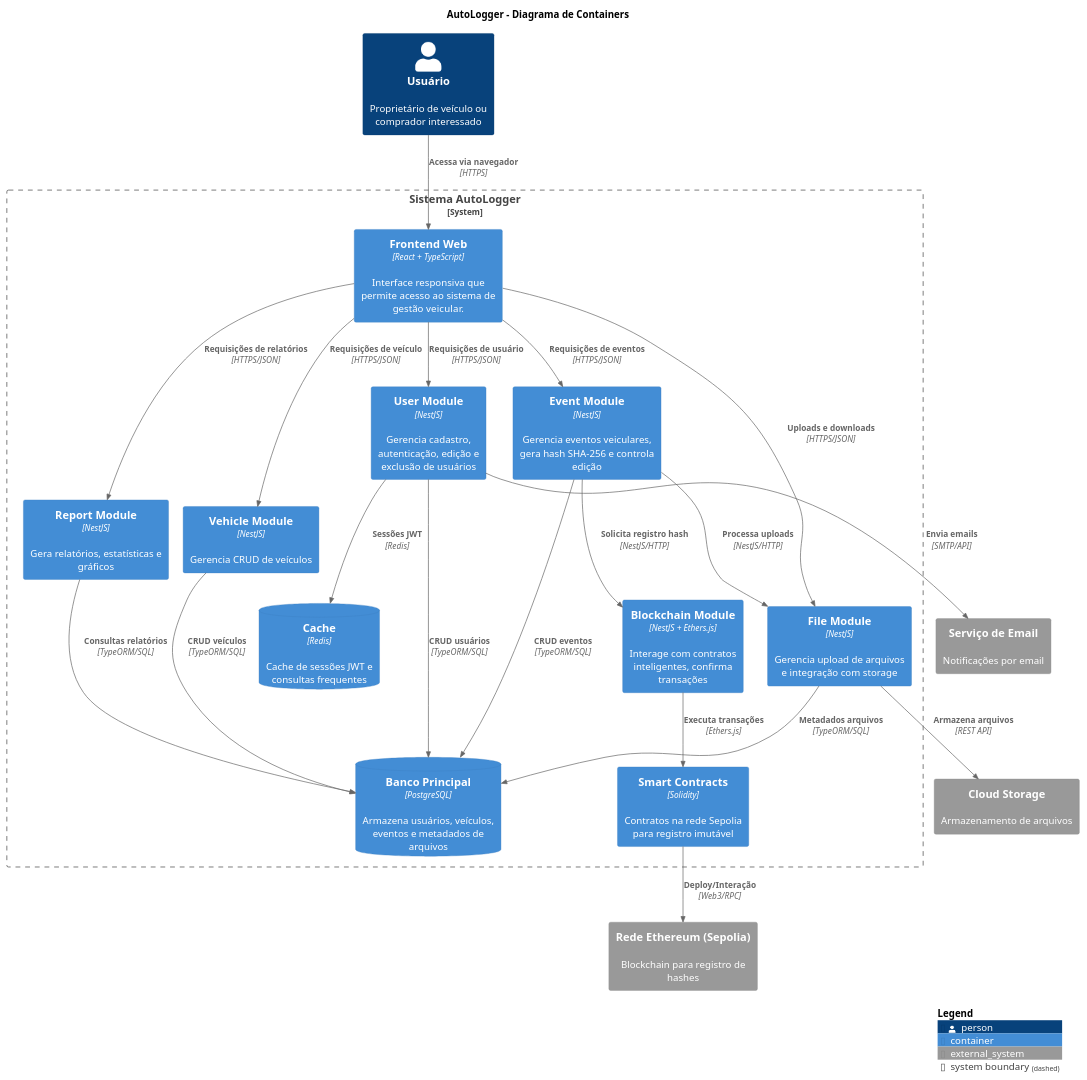
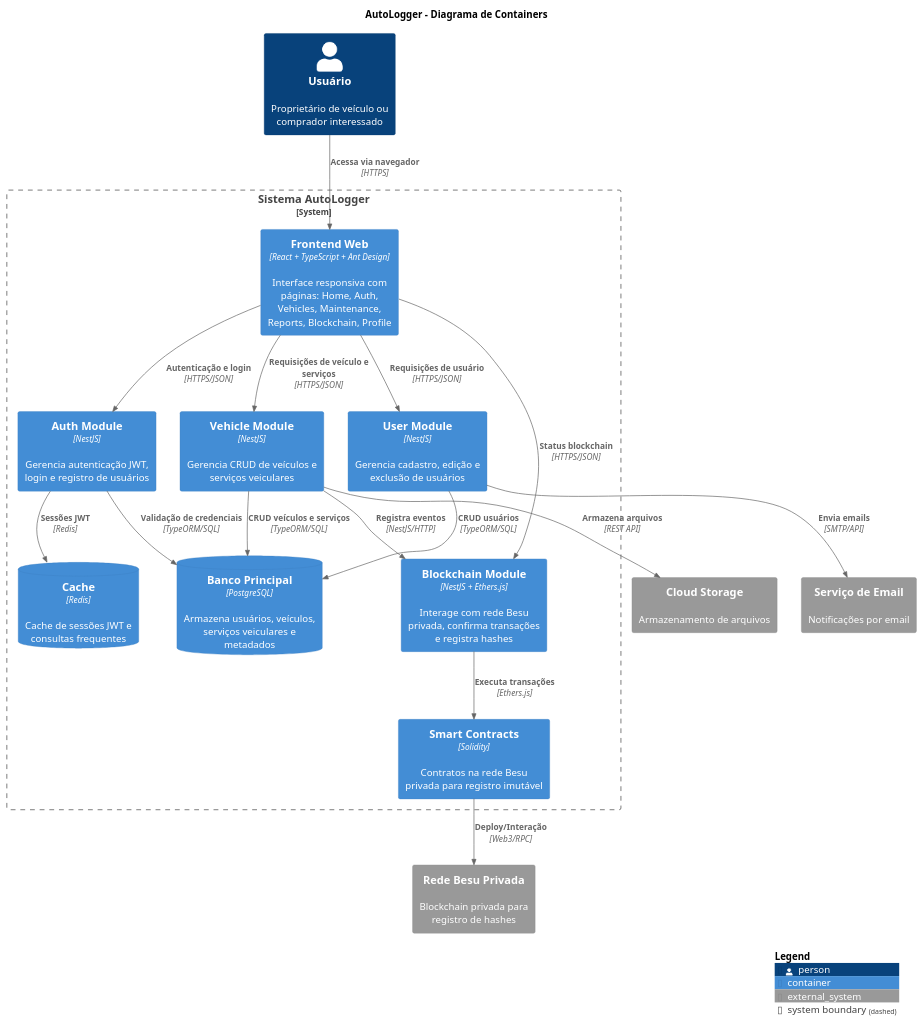
The second of 4 diagrams in docs/c4_architecture/c4_architecture.puml (Pellegr1n1/autologger-services), drawn with PlantUML before and after one commit. The commit also changed other lines of this file and 35 other files, not shown here.

Commit message:
Ajustes no besu/melhoria na rede privada

```diff
--- a/docs/c4_architecture/c4_architecture.puml
+++ b/docs/c4_architecture/c4_architecture.puml
@@ -30,61 +30,53 @@
 @startuml c4_level2
 !includeurl https://raw.githubusercontent.com/plantuml-stdlib/C4-PlantUML/master/C4_Container.puml
 
 title AutoLogger - Diagrama de Containers
 
 LAYOUT_TOP_DOWN()
 
 Person(user, "Usuário", "Proprietário de veículo ou comprador interessado")
 
 System_Boundary(autologger_boundary, "Sistema AutoLogger") {
-    Container(frontend, "Frontend Web", "React + TypeScript", "Interface responsiva que permite acesso ao sistema de gestão veicular.")
+    Container(frontend, "Frontend Web", "React + TypeScript + Ant Design", "Interface responsiva com páginas: Home, Auth, Vehicles, Maintenance, Reports, Blockchain, Profile")
     
-    Container(user_module, "User Module", "NestJS", "Gerencia cadastro, autenticação, edição e exclusão de usuários")
+    Container(auth_module, "Auth Module", "NestJS", "Gerencia autenticação JWT, login e registro de usuários")
     
-    Container(vehicle_module, "Vehicle Module", "NestJS", "Gerencia CRUD de veículos")
+    Container(user_module, "User Module", "NestJS", "Gerencia cadastro, edição e exclusão de usuários")
     
-    Container(event_module, "Event Module", "NestJS", "Gerencia eventos veiculares, gera hash SHA-256 e controla edição")
+    Container(vehicle_module, "Vehicle Module", "NestJS", "Gerencia CRUD de veículos e serviços veiculares")
     
-    Container(report_module, "Report Module", "NestJS", "Gera relatórios, estatísticas e gráficos")
+    Container(blockchain_module, "Blockchain Module", "NestJS + Ethers.js", "Interage com rede Besu privada, confirma transações e registra hashes")
     
-    Container(blockchain_module, "Blockchain Module", "NestJS + Ethers.js", "Interage com contratos inteligentes, confirma transações")
-    
-    Container(file_module, "File Module", "NestJS", "Gerencia upload de arquivos e integração com storage")
-    
-    ContainerDb(main_db, "Banco Principal", "PostgreSQL", "Armazena usuários, veículos, eventos e metadados de arquivos")
+    ContainerDb(main_db, "Banco Principal", "PostgreSQL", "Armazena usuários, veículos, serviços veiculares e metadados")
     
     ContainerDb(cache_db, "Cache", "Redis", "Cache de sessões JWT e consultas frequentes")
     
-    Container(smart_contracts, "Smart Contracts", "Solidity", "Contratos na rede Sepolia para registro imutável")
+    Container(smart_contracts, "Smart Contracts", "Solidity", "Contratos na rede Besu privada para registro imutável")
 }
 
-System_Ext(ethereum_net, "Rede Ethereum (Sepolia)", "Blockchain para registro de hashes")
+System_Ext(besu_net, "Rede Besu Privada", "Blockchain privada para registro de hashes")
 System_Ext(email_ext, "Serviço de Email", "Notificações por email")
 System_Ext(storage_ext, "Cloud Storage", "Armazenamento de arquivos")
 
 Rel(user, frontend, "Acessa via navegador", "HTTPS")
 
+Rel(frontend, auth_module, "Autenticação e login", "HTTPS/JSON")
 Rel(frontend, user_module, "Requisições de usuário", "HTTPS/JSON")
-Rel(frontend, vehicle_module, "Requisições de veículo", "HTTPS/JSON")
-Rel(frontend, event_module, "Requisições de eventos", "HTTPS/JSON")
-Rel(frontend, report_module, "Requisições de relatórios", "HTTPS/JSON")
-Rel(frontend, file_module, "Uploads e downloads", "HTTPS/JSON")
+Rel(frontend, vehicle_module, "Requisições de veículo e serviços", "HTTPS/JSON")
+Rel(frontend, blockchain_module, "Status blockchain", "HTTPS/JSON")
 
+Rel(auth_module, main_db, "Validação de credenciais", "TypeORM/SQL")
 Rel(user_module, main_db, "CRUD usuários", "TypeORM/SQL")
-Rel(vehicle_module, main_db, "CRUD veículos", "TypeORM/SQL")
-Rel(event_module, main_db, "CRUD eventos", "TypeORM/SQL")
-Rel(report_module, main_db, "Consultas relatórios", "TypeORM/SQL")
-Rel(file_module, main_db, "Metadados arquivos", "TypeORM/SQL")
+Rel(vehicle_module, main_db, "CRUD veículos e serviços", "TypeORM/SQL")
 
-Rel(user_module, cache_db, "Sessões JWT", "Redis")
+Rel(auth_module, cache_db, "Sessões JWT", "Redis")
 
-Rel(event_module, blockchain_module, "Solicita registro hash", "NestJS/HTTP")
+Rel(vehicle_module, blockchain_module, "Registra eventos", "NestJS/HTTP")
 Rel(blockchain_module, smart_contracts, "Executa transações", "Ethers.js")
-Rel(smart_contracts, ethereum_net, "Deploy/Interação", "Web3/RPC")
+Rel(smart_contracts, besu_net, "Deploy/Interação", "Web3/RPC")
 
-Rel(event_module, file_module, "Processa uploads", "NestJS/HTTP")
-Rel(file_module, storage_ext, "Armazena arquivos", "REST API")
+Rel(vehicle_module, storage_ext, "Armazena arquivos", "REST API")
 Rel(user_module, email_ext, "Envia emails", "SMTP/API")
 
 SHOW_LEGEND()
 @enduml
```
